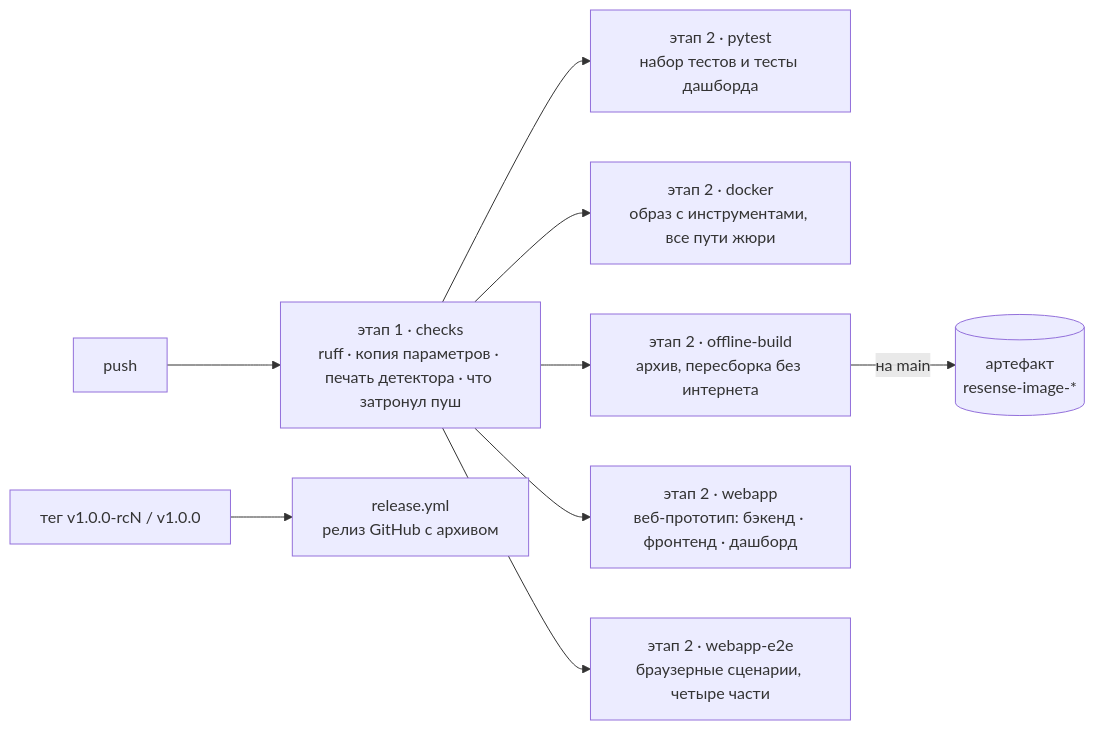
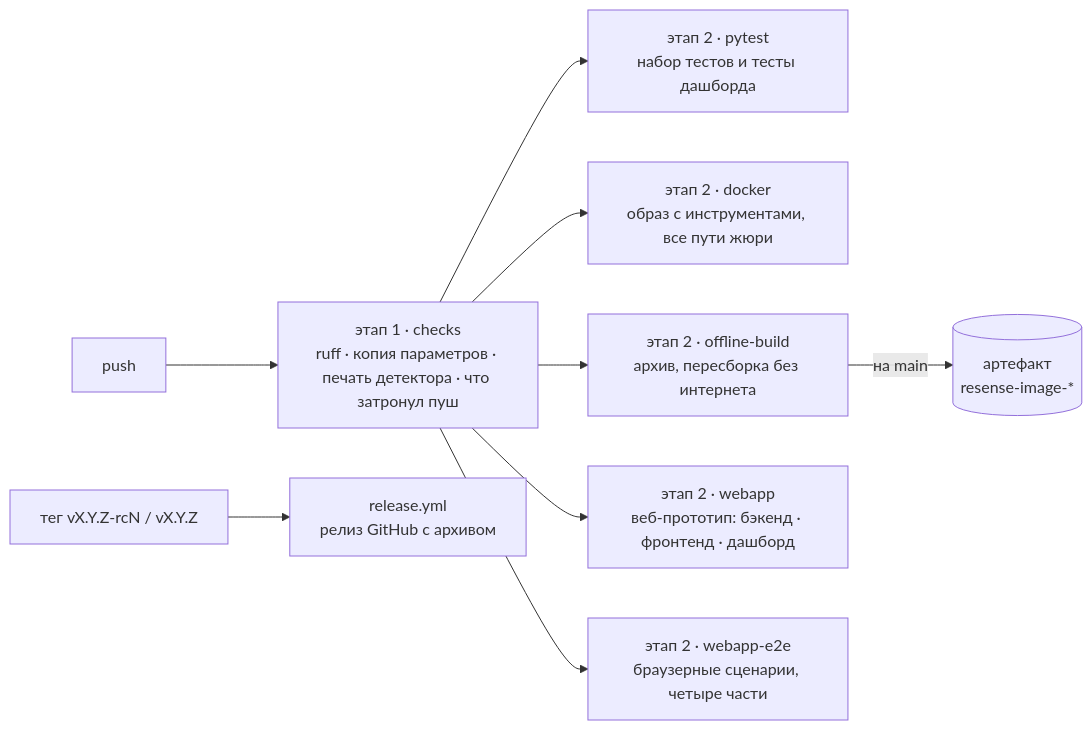
One commit to pmixay/ReSense changed the diagram in gitbook/development/setup-and-ci.md. Above: the diagram before and after it, drawn with Mermaid. The commit also changed other lines of this file and 1068 other files, not shown here.

````diff
--- a/gitbook/development/setup-and-ci.md
+++ b/gitbook/development/setup-and-ci.md
@@ -77,11 +77,11 @@
 ```mermaid
 flowchart LR
     PUSH["push"] --> CHK["этап 1 · checks<br/>ruff · копия параметров · печать детектора · что затронул пуш"]
     CHK --> PT["этап 2 · pytest<br/>набор тестов и тесты дашборда"]
     CHK --> DK["этап 2 · docker<br/>образ с инструментами, все пути жюри"]
     CHK --> OB["этап 2 · offline-build<br/>архив, пересборка без интернета"]
     CHK --> WA["этап 2 · webapp<br/>веб-прототип: бэкенд · фронтенд · дашборд"]
     CHK --> WE["этап 2 · webapp-e2e<br/>браузерные сценарии, четыре части"]
     OB -- "на main" --> ART[("артефакт<br/>resense-image-*")]
-    TAG["тег v1.0.0-rcN / v1.0.0"] --> REL["release.yml<br/>релиз GitHub с архивом"]
+    TAG["тег vX.Y.Z-rcN / vX.Y.Z"] --> REL["release.yml<br/>релиз GitHub с архивом"]
 ```
````
